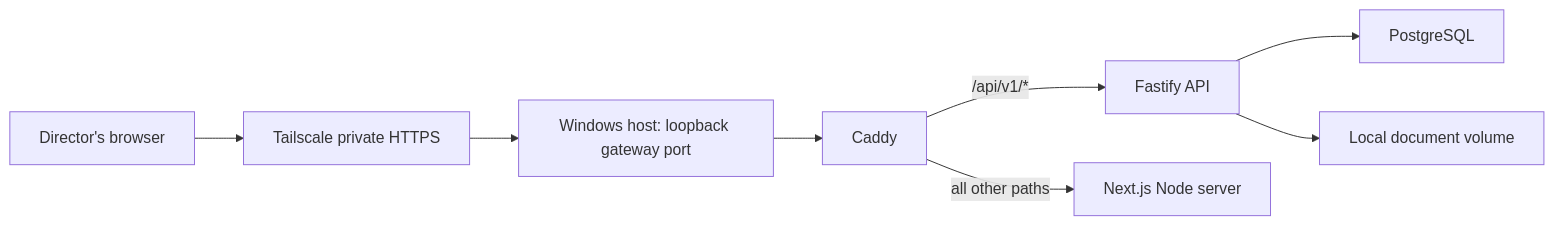
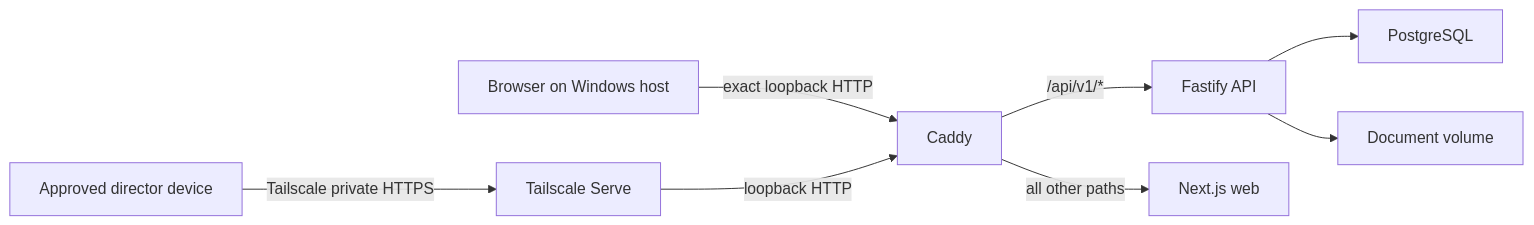
The diagram in docs/personal-server-deployment.md (jasperfordesq-ai/charity-governance), drawn with Mermaid before and after one commit. The commit also changed other lines of this file and 36 other files, not shown here.

Commit message:
Add secure Windows personal-server deployment

````diff
--- a/docs/personal-server-deployment.md
+++ b/docs/personal-server-deployment.md
@@ -102,10 +84,10 @@
 ```mermaid
 flowchart LR
-    D["Director's browser"] --> T["Tailscale private HTTPS"]
-    T --> W["Windows host: loopback gateway port"]
-    W --> C["Caddy"]
+    H["Browser on Windows host"] -->|"exact loopback HTTP"| C["Caddy"]
+    D["Approved director device"] -->|"Tailscale private HTTPS"| T["Tailscale Serve"]
+    T -->|"loopback HTTP"| C
     C -->|"/api/v1/*"| A["Fastify API"]
-    C -->|"all other paths"| N["Next.js Node server"]
+    C -->|"all other paths"| W["Next.js web"]
     A --> P["PostgreSQL"]
-    A --> F["Local document volume"]
+    A --> F["Document volume"]
 ```
````
